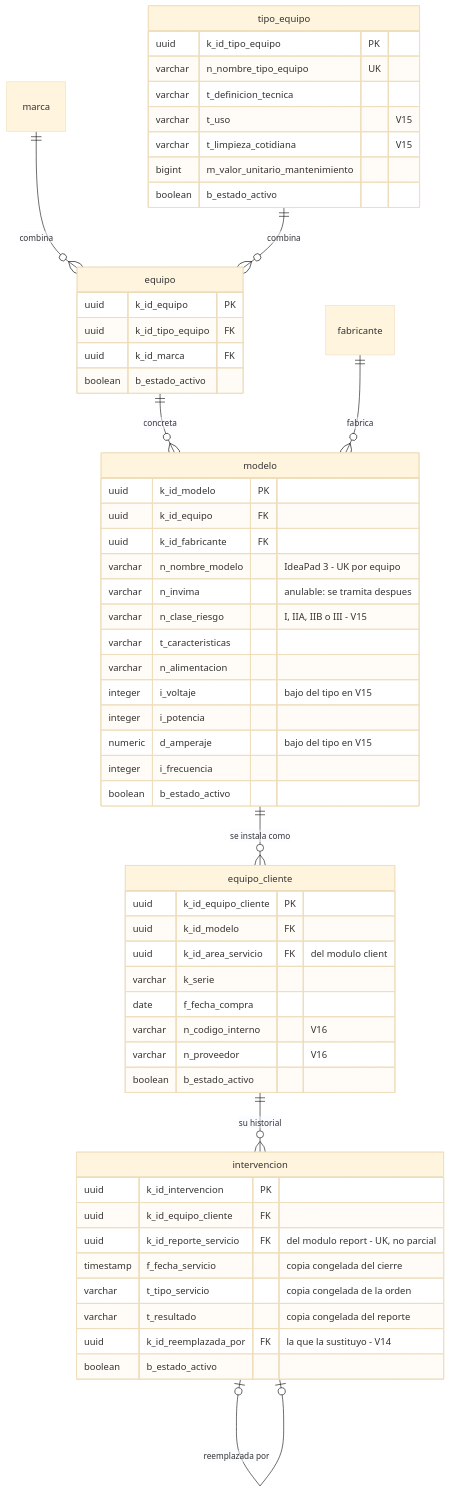
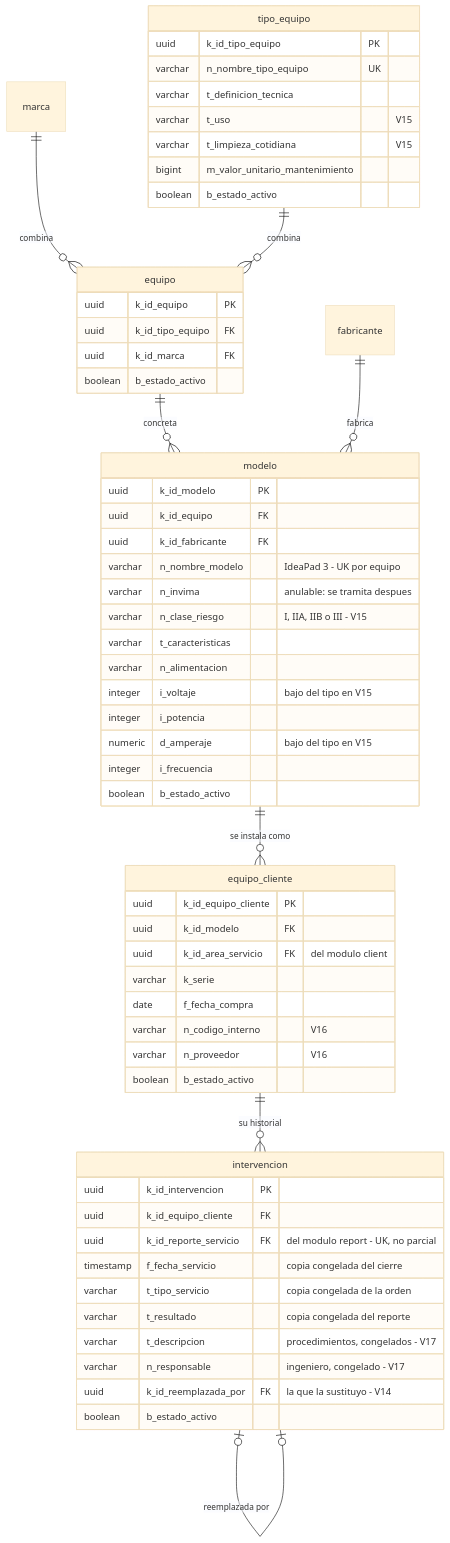
One commit to SeanBol222/MalphasOs changed the fifth of 8 diagrams in SecondBrain/wiki/base-de-datos/esquema-bd-malphasos.md. Above: the diagram before and after it, drawn with Mermaid (base theme). The commit also changed other lines of this file and 5 other files, not shown here.

````diff
--- a/SecondBrain/wiki/base-de-datos/esquema-bd-malphasos.md
+++ b/SecondBrain/wiki/base-de-datos/esquema-bd-malphasos.md
@@ -270,60 +274,62 @@
 ```mermaid
 erDiagram
     marca ||--o{ equipo : "combina"
     tipo_equipo ||--o{ equipo : "combina"
     equipo ||--o{ modelo : "concreta"
     fabricante ||--o{ modelo : "fabrica"
     modelo ||--o{ equipo_cliente : "se instala como"
     equipo_cliente ||--o{ intervencion : "su historial"
     intervencion |o--o| intervencion : "reemplazada por"
     tipo_equipo {
         uuid k_id_tipo_equipo PK
         varchar n_nombre_tipo_equipo UK
         varchar t_definicion_tecnica
         varchar t_uso "V15"
         varchar t_limpieza_cotidiana "V15"
         bigint m_valor_unitario_mantenimiento
         boolean b_estado_activo
     }
     equipo {
         uuid k_id_equipo PK
         uuid k_id_tipo_equipo FK
         uuid k_id_marca FK
         boolean b_estado_activo
     }
     modelo {
         uuid k_id_modelo PK
         uuid k_id_equipo FK
         uuid k_id_fabricante FK
         varchar n_nombre_modelo "IdeaPad 3 - UK por equipo"
         varchar n_invima "anulable: se tramita despues"
         varchar n_clase_riesgo "I, IIA, IIB o III - V15"
         varchar t_caracteristicas
         varchar n_alimentacion
         integer i_voltaje "bajo del tipo en V15"
         integer i_potencia
         numeric d_amperaje "bajo del tipo en V15"
         integer i_frecuencia
         boolean b_estado_activo
     }
     equipo_cliente {
         uuid k_id_equipo_cliente PK
         uuid k_id_modelo FK
         uuid k_id_area_servicio FK "del modulo client"
         varchar k_serie
         date f_fecha_compra
         varchar n_codigo_interno "V16"
         varchar n_proveedor "V16"
         boolean b_estado_activo
     }
     intervencion {
         uuid k_id_intervencion PK
         uuid k_id_equipo_cliente FK
         uuid k_id_reporte_servicio FK "del modulo report - UK, no parcial"
         timestamp f_fecha_servicio "copia congelada del cierre"
         varchar t_tipo_servicio "copia congelada de la orden"
         varchar t_resultado "copia congelada del reporte"
+        varchar t_descripcion "procedimientos, congelados - V17"
+        varchar n_responsable "ingeniero, congelado - V17"
         uuid k_id_reemplazada_por FK "la que la sustituyo - V14"
         boolean b_estado_activo
     }
 ```
````
